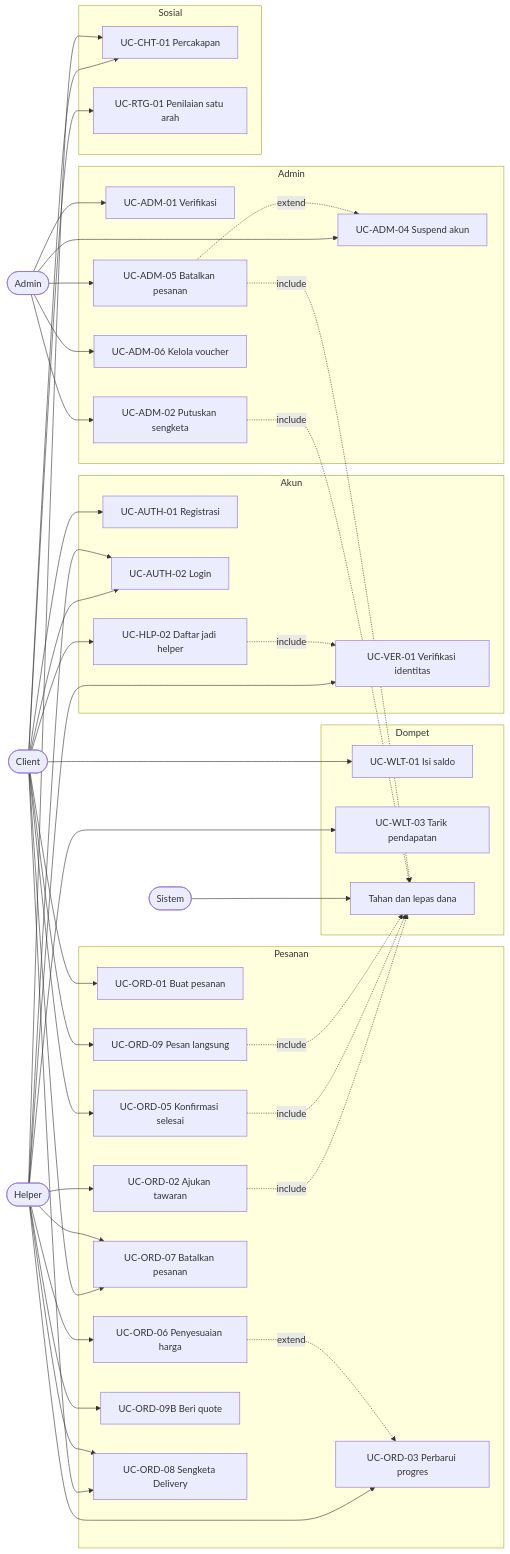
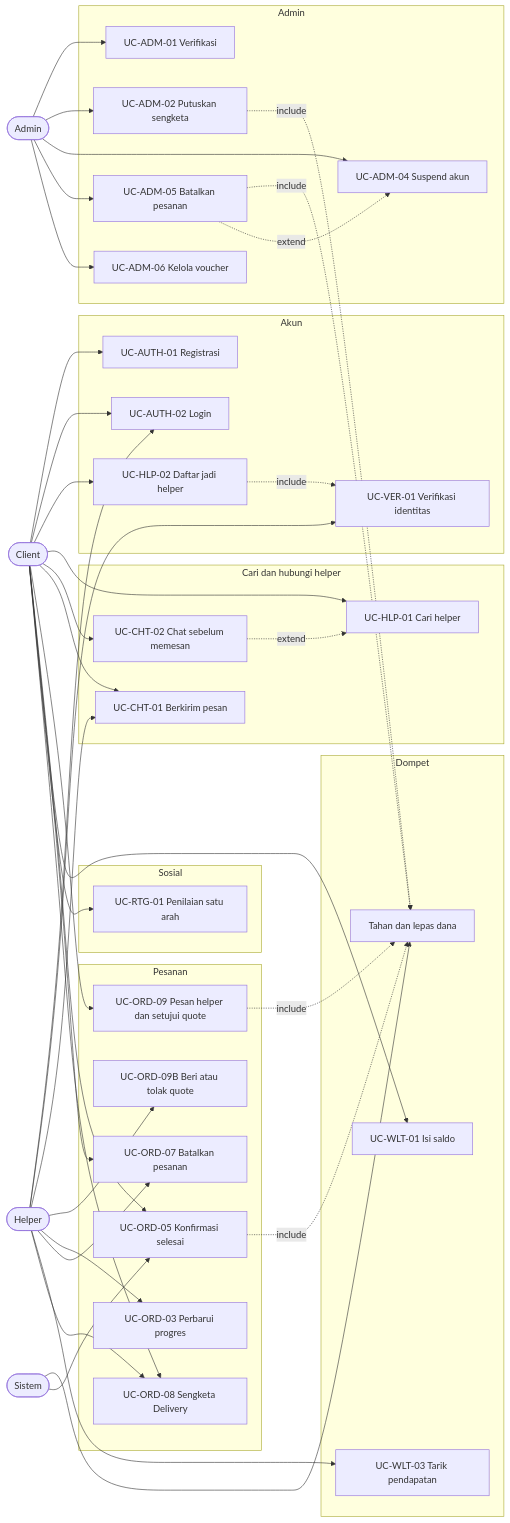
Before and after one commit to Davi-ARD/tolongindong-docs: the diagram in 03_use-case-inventory.md, drawn with Mermaid. The commit also changed other lines of this file and 35 other files, not shown here.

First line of the commit message:
docs: terapkan model marketplace dan chat sebelum pesanan (DEC-25 sampai DEC-27)

````diff
--- a/03_use-case-inventory.md
+++ b/03_use-case-inventory.md
@@ -52,58 +53,59 @@
 ```mermaid
 flowchart LR
     C(["Client"])
     H(["Helper"])
     S(["Sistem"])
     A(["Admin"])
 
     subgraph Akun
         UC1["UC-AUTH-01 Registrasi"]
         UC2["UC-AUTH-02 Login"]
         UC3["UC-HLP-02 Daftar jadi helper"]
         UC4["UC-VER-01 Verifikasi identitas"]
     end
 
+    subgraph Cari["Cari dan hubungi helper"]
+        UC24["UC-HLP-01 Cari helper"]
+        UC25["UC-CHT-02 Chat sebelum memesan"]
+        UC14["UC-CHT-01 Berkirim pesan"]
+    end
+
     subgraph Pesanan
-        UC5["UC-ORD-01 Buat pesanan"]
-        UC6["UC-ORD-02 Ajukan tawaran"]
+        UC16["UC-ORD-09 Pesan helper dan setujui quote"]
+        UC17["UC-ORD-09B Beri atau tolak quote"]
         UC7["UC-ORD-03 Perbarui progres"]
         UC8["UC-ORD-05 Konfirmasi selesai"]
-        UC9["UC-ORD-06 Penyesuaian harga"]
         UC10["UC-ORD-07 Batalkan pesanan"]
-        UC16["UC-ORD-09 Pesan langsung"]
-        UC17["UC-ORD-09B Beri quote"]
         UC18["UC-ORD-08 Sengketa Delivery"]
     end
 
     subgraph Admin
         UC19["UC-ADM-01 Verifikasi"]
         UC20["UC-ADM-02 Putuskan sengketa"]
         UC21["UC-ADM-04 Suspend akun"]
         UC22["UC-ADM-05 Batalkan pesanan"]
         UC23["UC-ADM-06 Kelola voucher"]
     end
 
     subgraph Dompet
         UC11["UC-WLT-01 Isi saldo"]
         UC12["UC-WLT-03 Tarik pendapatan"]
         UC13["Tahan dan lepas dana"]
     end
 
     subgraph Sosial
-        UC14["UC-CHT-01 Percakapan"]
         UC15["UC-RTG-01 Penilaian satu arah"]
     end
 
-    C --> UC1 & UC2 & UC3 & UC5 & UC8 & UC10 & UC11 & UC14 & UC15 & UC16 & UC18
-    H --> UC2 & UC4 & UC6 & UC7 & UC9 & UC10 & UC12 & UC14 & UC17 & UC18
-    S --> UC13
+    C --> UC1 & UC2 & UC3 & UC24 & UC25 & UC14 & UC16 & UC8 & UC10 & UC11 & UC15 & UC18
+    H --> UC2 & UC4 & UC14 & UC17 & UC7 & UC10 & UC12 & UC18
+    S --> UC13 & UC8
     A --> UC19 & UC20 & UC21 & UC22 & UC23
     UC3 -.include.-> UC4
-    UC6 -.include.-> UC13
+    UC25 -.extend.-> UC24
+    UC16 -.include.-> UC13
     UC8 -.include.-> UC13
-    UC9 -.extend.-> UC7
-    UC16 -.include.-> UC13
     UC20 -.include.-> UC13
     UC22 -.include.-> UC13
     UC22 -.extend.-> UC21
 ```
````
